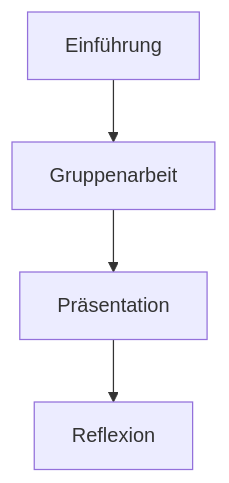
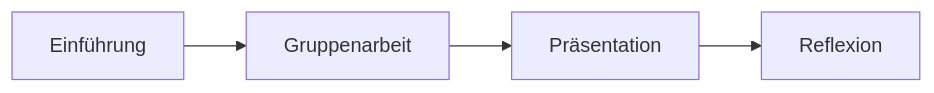
Before and after one commit to PHBern-RConrardy/hochschuldidaktik: the second of 6 diagrams in 11_Mermaid.qmd, drawn with Mermaid. The commit also changed other lines of this file and 15 other files, not shown here.

````diff
--- a/11_Mermaid.qmd
+++ b/11_Mermaid.qmd
@@ -30,6 +54,11 @@
-```{mermaid}
-graph TD
-    A[Einführung] --> B[Gruppenarbeit]
-    B --> C[Präsentation]
-    C --> D[Reflexion]
+```mermaid
+graph LR
+    A["Einführung"]
+    B["Gruppenarbeit"]
+    C["Präsentation"]
+    D["Reflexion"]
+
+    A --> B
+    B --> C
+    C --> D
 ```
````
